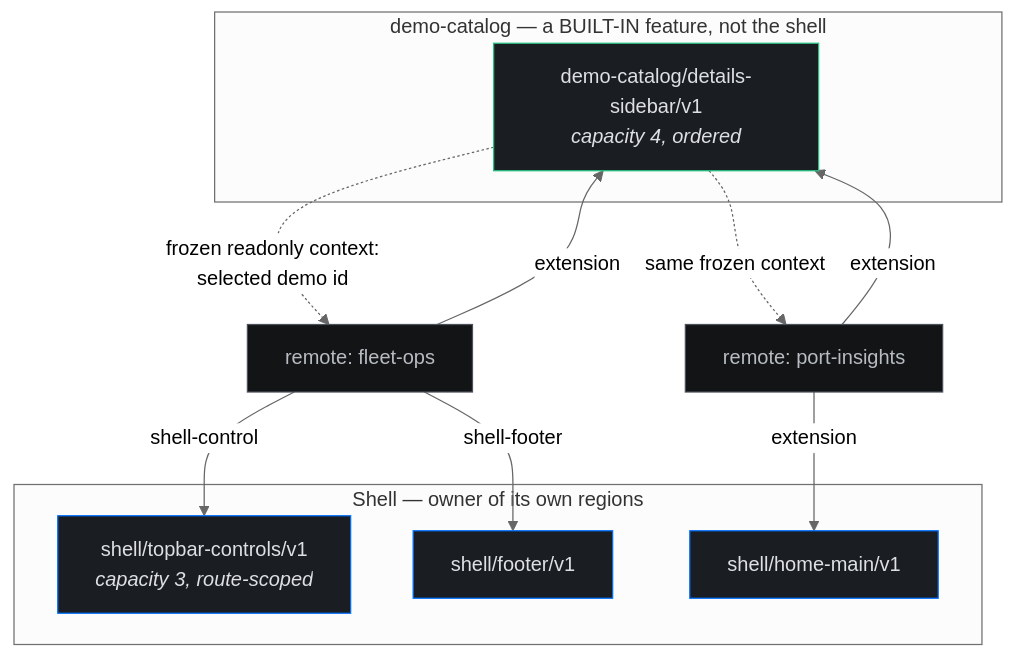
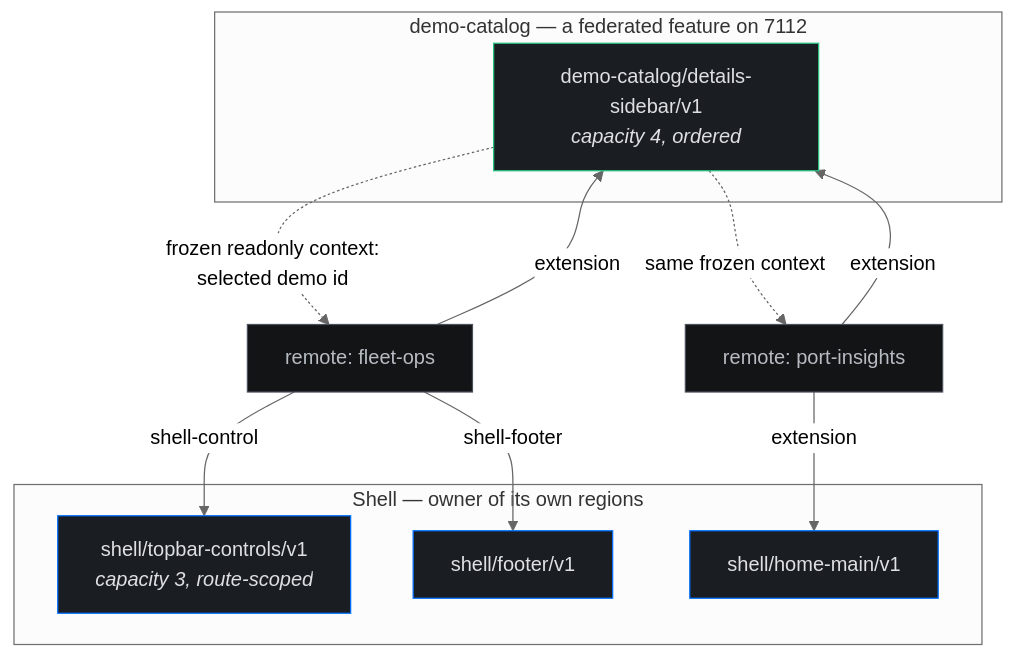
The sixth of 8 diagrams in obsidian/V3-Platform/Architecture/Dictionary-POC/ARCHITECTURE-APP-SHELL.md (jthomas78/nats-tech-lab), drawn with Mermaid (neutral theme) before and after one commit. The commit also changed other lines of this file and 170 other files, not shown here.

First line of the commit message:
feat(app-shell): federate catalog and split plugin services

````diff
--- a/obsidian/V3-Platform/Architecture/Dictionary-POC/ARCHITECTURE-APP-SHELL.md
+++ b/obsidian/V3-Platform/Architecture/Dictionary-POC/ARCHITECTURE-APP-SHELL.md
@@ -429,27 +500,27 @@
 ```mermaid
 flowchart TB
     subgraph Shell["Shell — owner of its own regions"]
         T1["shell/topbar-controls/v1<br/><i>capacity 3, route-scoped</i>"]
         T2["shell/footer/v1"]
         T3["shell/home-main/v1"]
     end
-    subgraph Builtin["demo-catalog — a BUILT-IN feature, not the shell"]
+    subgraph Catalog["demo-catalog — a federated feature on 7112"]
         T4["demo-catalog/details-sidebar/v1<br/><i>capacity 4, ordered</i>"]
     end
 
     P1["remote: fleet-ops"] -->|shell-control| T1
     P1 -->|shell-footer| T2
     P1 -->|extension| T4
     P2["remote: port-insights"] -->|extension| T4
     P2 -->|extension| T3
 
     T4 -.->|frozen readonly context:<br/>selected demo id| P1
     T4 -.->|same frozen context| P2
 
     classDef own fill:#1A1E23,stroke:#006FFF,color:#DEE0E3
     classDef bi fill:#1A1E23,stroke:#27C07F,color:#DEE0E3
     classDef rem fill:#131416,stroke:#4A515B,color:#B7BCC2
     class T1,T2,T3 own
     class T4 bi
     class P1,P2 rem
 ```
````
